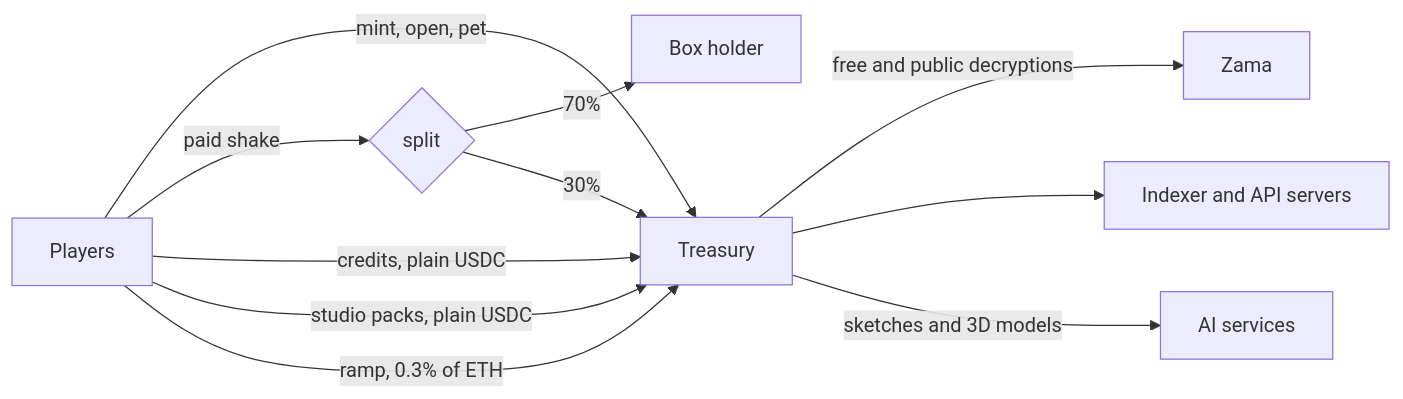
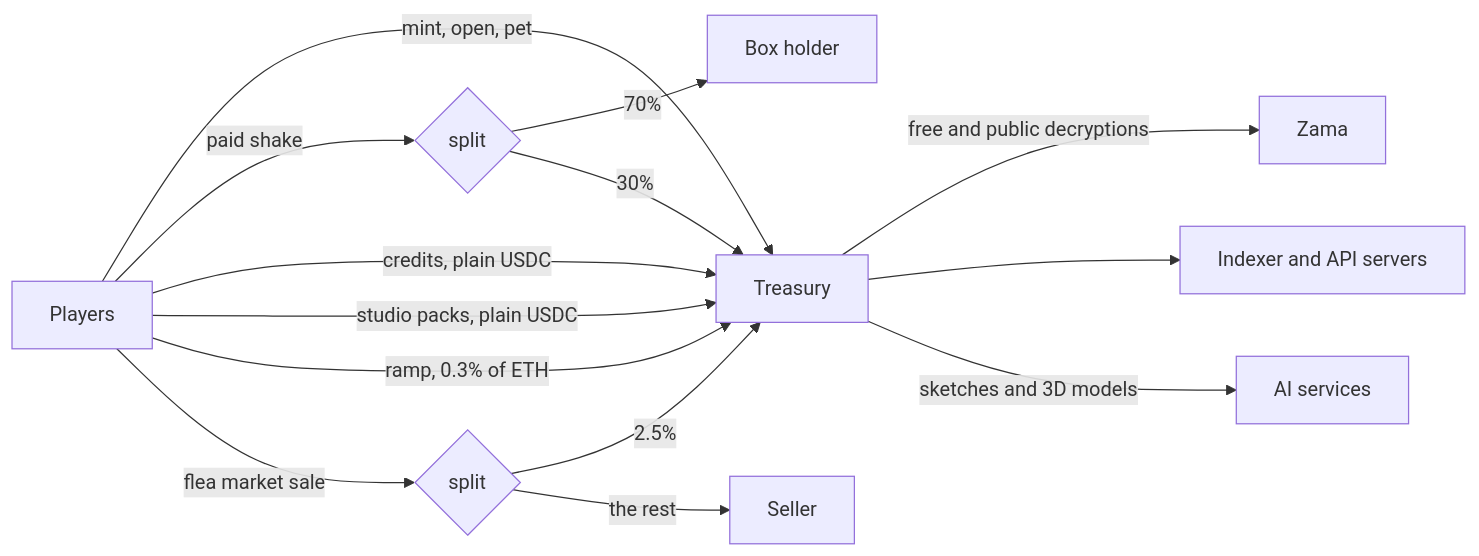
Diagram 26 of 33 in docs/FLOWS.md (jecombe/do_not_open), drawn with Mermaid before and after one commit. The commit also changed other lines of this file and 53 other files, not shown here.

Commit message:
Open the flea market, where players sell boxes, cats and rats in cUSDC at a public price or to a secret offer

````diff
--- a/docs/FLOWS.md
+++ b/docs/FLOWS.md
@@ -724,13 +893,16 @@
 ```mermaid
 flowchart LR
   P[Players] -- "mint, open, pet" --> T[Treasury]
   P -- "paid shake" --> S{split}
   S -- 70% --> H[Box holder]
   S -- 30% --> T
   P -- "credits, plain USDC" --> T
   P -- "studio packs, plain USDC" --> T
   P -- "ramp, 0.3% of ETH" --> T
+  P -- "flea market sale" --> F{split}
+  F -- "2.5%" --> T
+  F -- "the rest" --> SE[Seller]
   T -- "free and public decryptions" --> Z[Zama]
   T --> I[Indexer and API servers]
   T -- "sketches and 3D models" --> AI[AI services]
 ```
````
